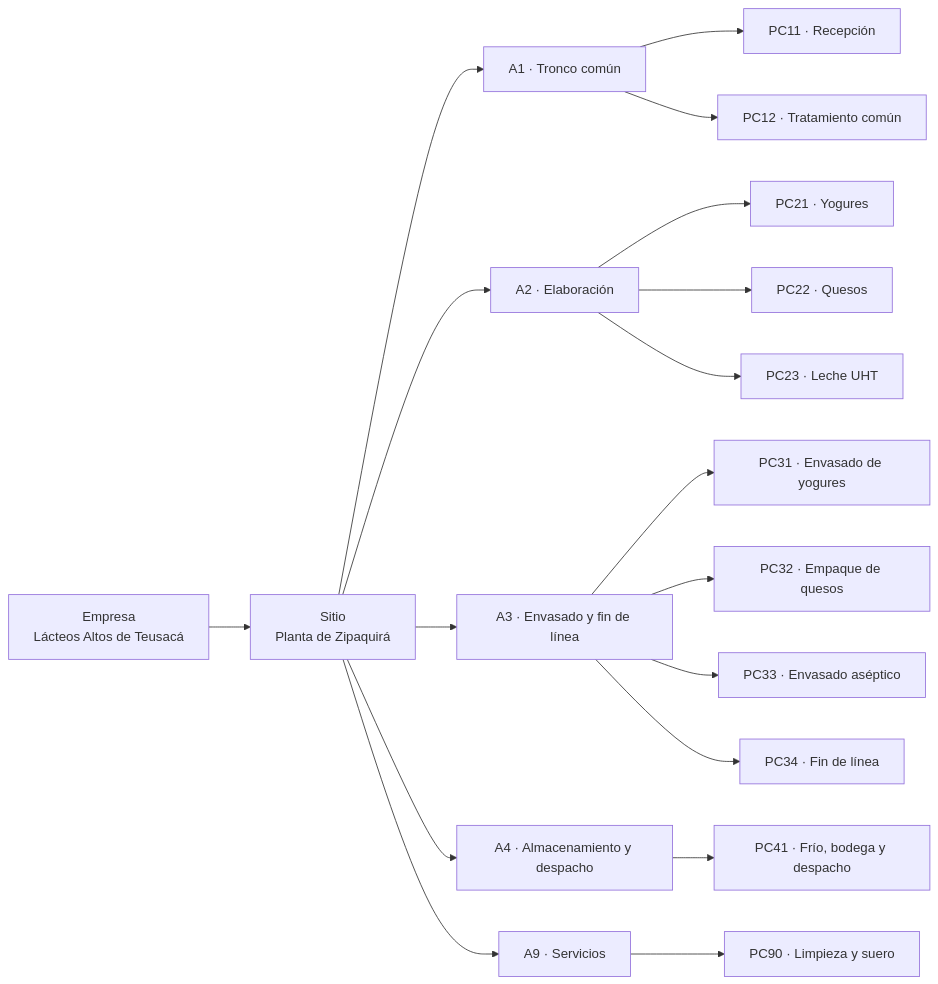
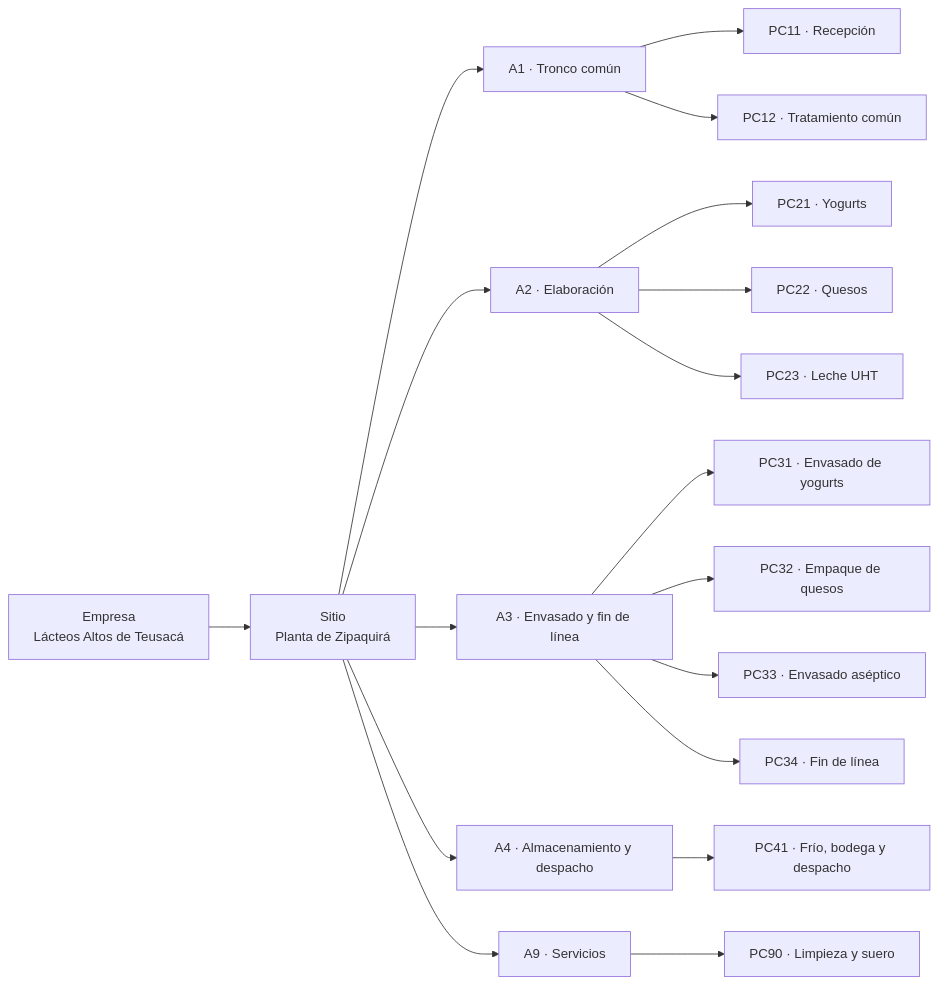
The first of 2 diagrams in 01_transformacion-digital/isa88/modelo-fisico/modelo-fisico.md (Mekvra/proyecto-integrador), drawn with Mermaid before and after one commit. The commit also changed other lines of this file and 58 other files, not shown here.

````diff
--- a/01_transformacion-digital/isa88/modelo-fisico/modelo-fisico.md
+++ b/01_transformacion-digital/isa88/modelo-fisico/modelo-fisico.md
@@ -38,20 +38,20 @@
 ```mermaid
 flowchart LR
     E["Empresa<br/>Lácteos Altos de Teusacá"] --> S["Sitio<br/>Planta de Zipaquirá"]
     S --> A1["A1 · Tronco común"]
     S --> A2["A2 · Elaboración"]
     S --> A3["A3 · Envasado y fin de línea"]
     S --> A4["A4 · Almacenamiento y despacho"]
     S --> A9["A9 · Servicios"]
     A1 --> PC11["PC11 · Recepción"]
     A1 --> PC12["PC12 · Tratamiento común"]
-    A2 --> PC21["PC21 · Yogures"]
+    A2 --> PC21["PC21 · Yogurts"]
     A2 --> PC22["PC22 · Quesos"]
     A2 --> PC23["PC23 · Leche UHT"]
-    A3 --> PC31["PC31 · Envasado de yogures"]
+    A3 --> PC31["PC31 · Envasado de yogurts"]
     A3 --> PC32["PC32 · Empaque de quesos"]
     A3 --> PC33["PC33 · Envasado aséptico"]
     A3 --> PC34["PC34 · Fin de línea"]
     A4 --> PC41["PC41 · Frío, bodega y despacho"]
     A9 --> PC90["PC90 · Limpieza y suero"]
 ```
````
